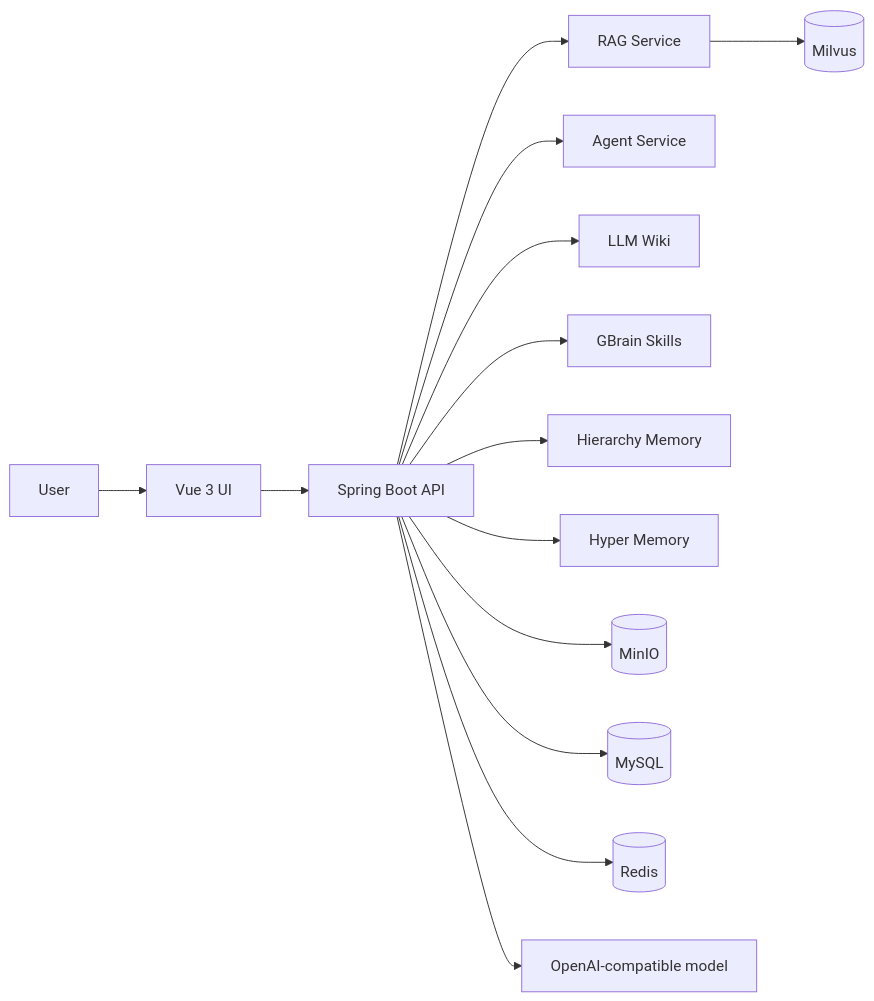
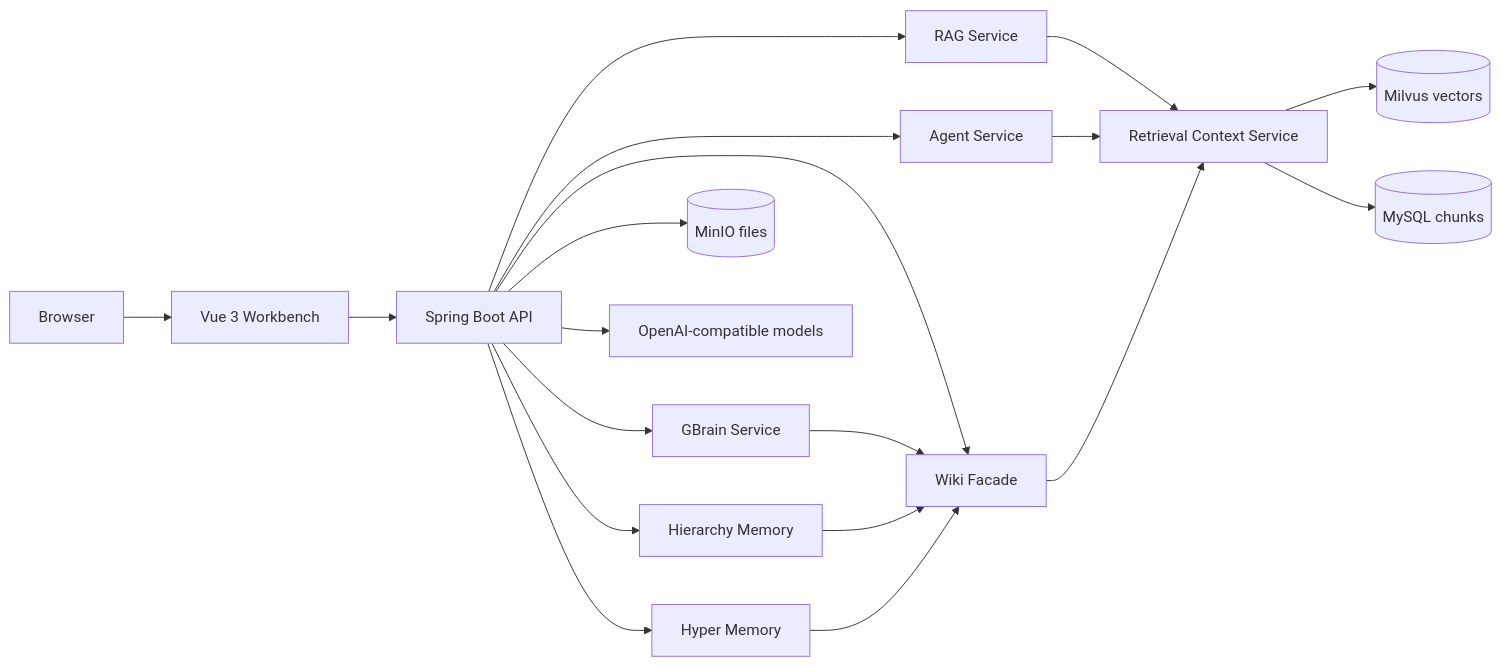
One commit to Harzva/HyperMemory changed the diagram in README.md. Above: the diagram before and after it, drawn with Mermaid. The commit also changed other lines of this file and 17 other files, not shown here.

````diff
--- a/README.md
+++ b/README.md
@@ -53,16 +66,21 @@
 ```mermaid
 flowchart LR
-    User[User] --> UI[Vue 3 UI]
-    UI --> API[Spring Boot API]
-    API --> RAG[RAG Service]
-    API --> Agent[Agent Service]
-    API --> Wiki[LLM Wiki]
-    API --> GBrain[GBrain Skills]
-    API --> Hierarchy[Hierarchy Memory]
-    API --> Hyper[Hyper Memory]
-    RAG --> Milvus[(Milvus)]
-    API --> MinIO[(MinIO)]
-    API --> MySQL[(MySQL)]
-    API --> Redis[(Redis)]
-    API --> Model[OpenAI-compatible model]
+    User["Browser"] --> UI["Vue 3 Workbench"]
+    UI --> API["Spring Boot API"]
+    API --> RAG["RAG Service"]
+    API --> Agent["Agent Service"]
+    API --> Wiki["Wiki Facade"]
+    API --> GBrain["GBrain Service"]
+    API --> Hierarchy["Hierarchy Memory"]
+    API --> Hyper["Hyper Memory"]
+    RAG --> Retrieval["Retrieval Context Service"]
+    Agent --> Retrieval
+    Wiki --> Retrieval
+    GBrain --> Wiki
+    Hierarchy --> Wiki
+    Hyper --> Wiki
+    Retrieval --> Milvus[("Milvus vectors")]
+    Retrieval --> MySQL[("MySQL chunks")]
+    API --> MinIO[("MinIO files")]
+    API --> Model["OpenAI-compatible models"]
 ```
````
